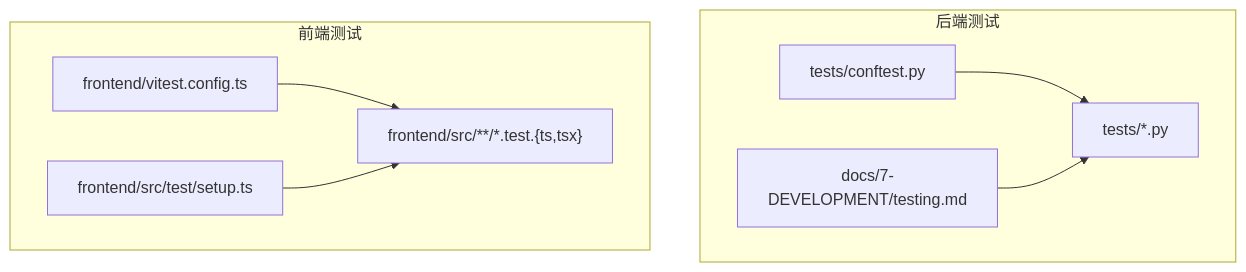
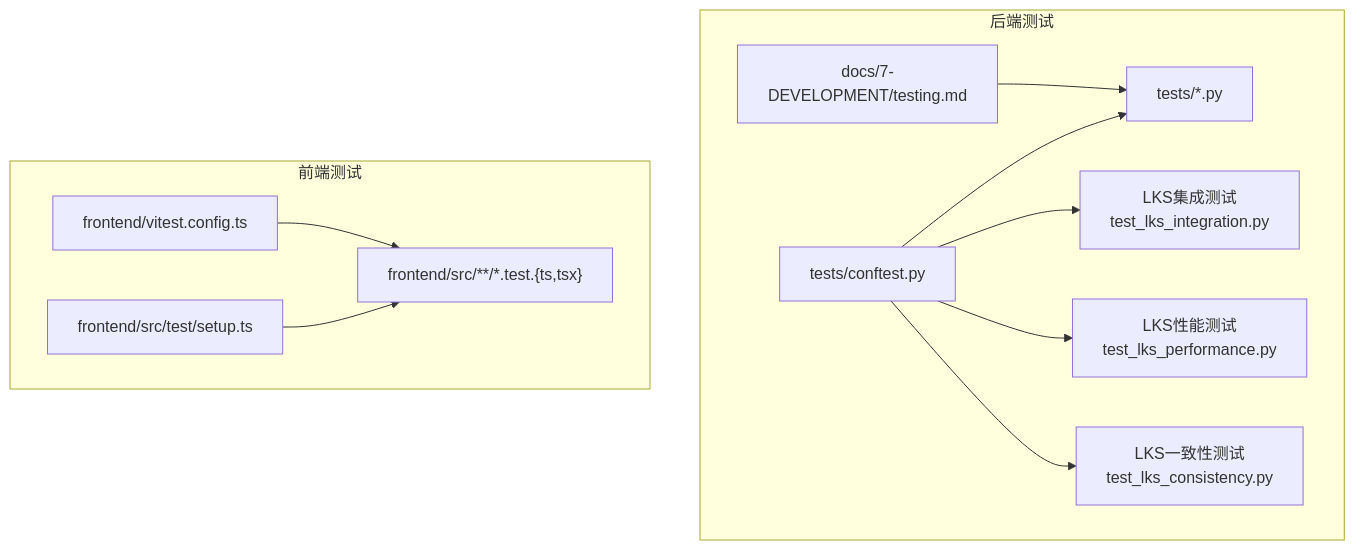
One commit to jackeyunjie/open-notebook changed the first of 11 diagrams in .qoder/repowiki/zh/content/开发者指南/测试策略.md. Above: the diagram before and after it, drawn with Mermaid. The commit also changed other lines of this file and 51 other files, not shown here.

````diff
--- a/.qoder/repowiki/zh/content/开发者指南/测试策略.md
+++ b/.qoder/repowiki/zh/content/开发者指南/测试策略.md
@@ -43,17 +58,23 @@
 ```mermaid
 graph TB
 subgraph "后端测试"
 TConftest["tests/conftest.py"]
 TDocs["docs/7-DEVELOPMENT/testing.md"]
 TPY["tests/*.py"]
+LKSInt["LKS集成测试<br/>test_lks_integration.py"]
+LKSPerf["LKS性能测试<br/>test_lks_performance.py"]
+LKSCons["LKS一致性测试<br/>test_lks_consistency.py"]
 end
 subgraph "前端测试"
 VConf["frontend/vitest.config.ts"]
 VSetup["frontend/src/test/setup.ts"]
 VTests["frontend/src/**/*.test.{ts,tsx}"]
 end
 TConftest --> TPY
+TConftest --> LKSInt
+TConftest --> LKSPerf
+TConftest --> LKSCons
 TDocs --> TPY
 VConf --> VTests
 VSetup --> VTests
 ```
````
